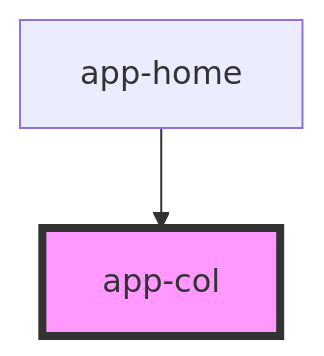
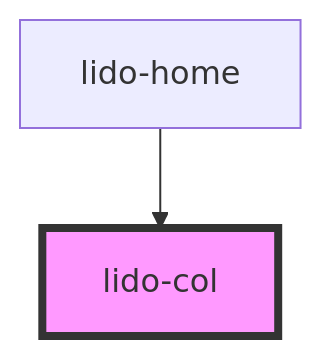
Before and after one commit to chimple/lido-player: the diagram in src/components/column/readme.md, drawn with Mermaid. The commit also changed other lines of this file and 40 other files, not shown here.

````diff
--- a/src/components/column/readme.md
+++ b/src/components/column/readme.md
@@ -40,5 +39,5 @@
 ```mermaid
 graph TD;
-  app-home --> app-col
-  style app-col fill:#f9f,stroke:#333,stroke-width:4px
+  lido-home --> lido-col
+  style lido-col fill:#f9f,stroke:#333,stroke-width:4px
 ```
````
